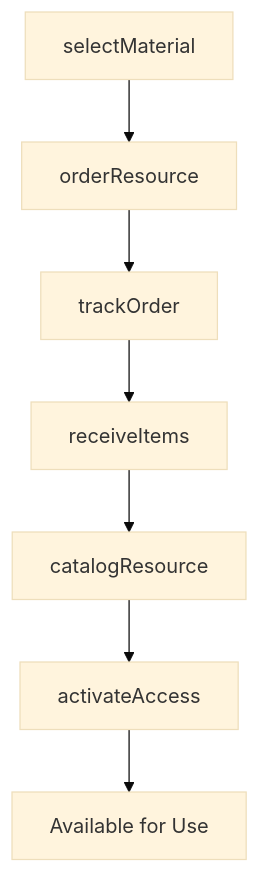
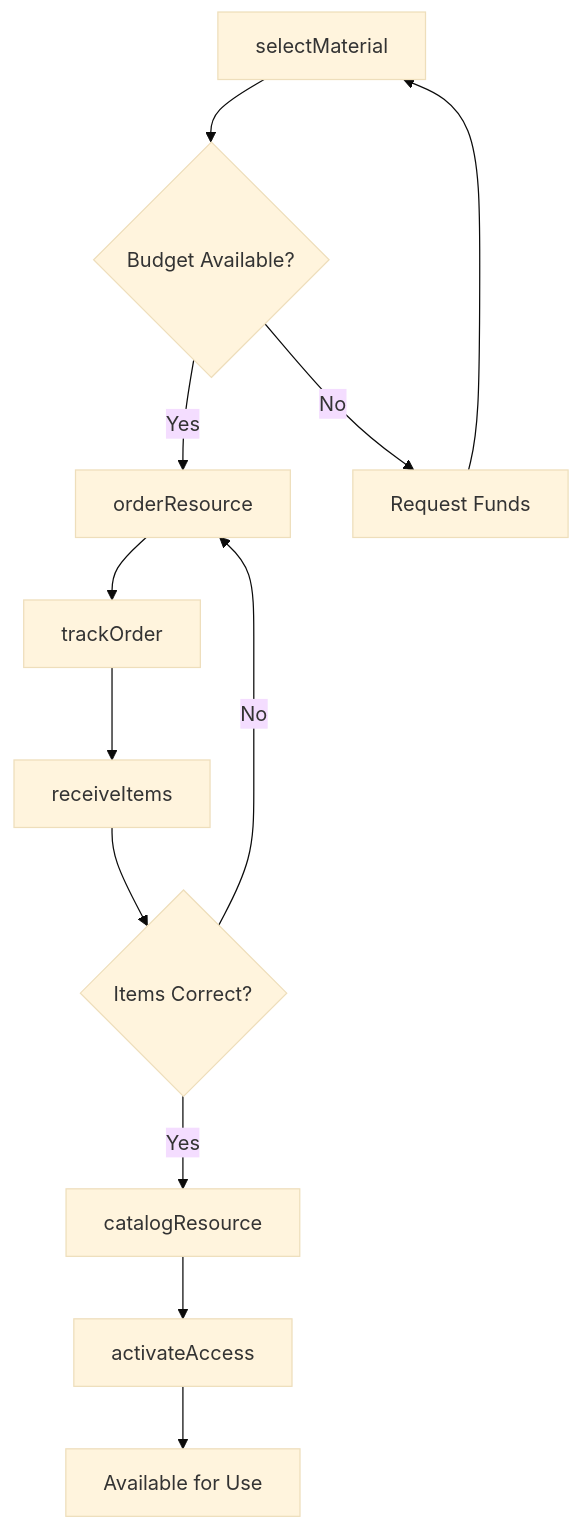
One commit to dot-org-ai/tasks.org.ai changed the third of 4 diagrams in MonitoringAndControllingResources/PurchaseGoodsOrServices/OrderInstructionalLibraryMaterialsEquipment.mdx. Above: the diagram before and after it, drawn with Mermaid (base theme). The commit also changed other lines of this file and 307 other files, not shown here.

First line of the commit message:
feat: Add ER diagrams and state diagrams to remaining 308 DWA task files (wave 3 complete)

````diff
--- a/MonitoringAndControllingResources/PurchaseGoodsOrServices/OrderInstructionalLibraryMaterialsEquipment.mdx
+++ b/MonitoringAndControllingResources/PurchaseGoodsOrServices/OrderInstructionalLibraryMaterialsEquipment.mdx
@@ -87,9 +113,14 @@
 ```mermaid
 graph TD
-    A[selectMaterial] --> B[orderResource]
-    B --> C[trackOrder]
-    C --> D[receiveItems]
-    D --> E[catalogResource]
-    E --> F[activateAccess]
-    F --> G[Available for Use]
+    A[selectMaterial] --> B{Budget Available?}
+    B -->|Yes| C[orderResource]
+    B -->|No| D[Request Funds]
+    D --> A
+    C --> E[trackOrder]
+    E --> F[receiveItems]
+    F --> G{Items Correct?}
+    G -->|Yes| H[catalogResource]
+    G -->|No| C
+    H --> I[activateAccess]
+    I --> J[Available for Use]
 ```
````
